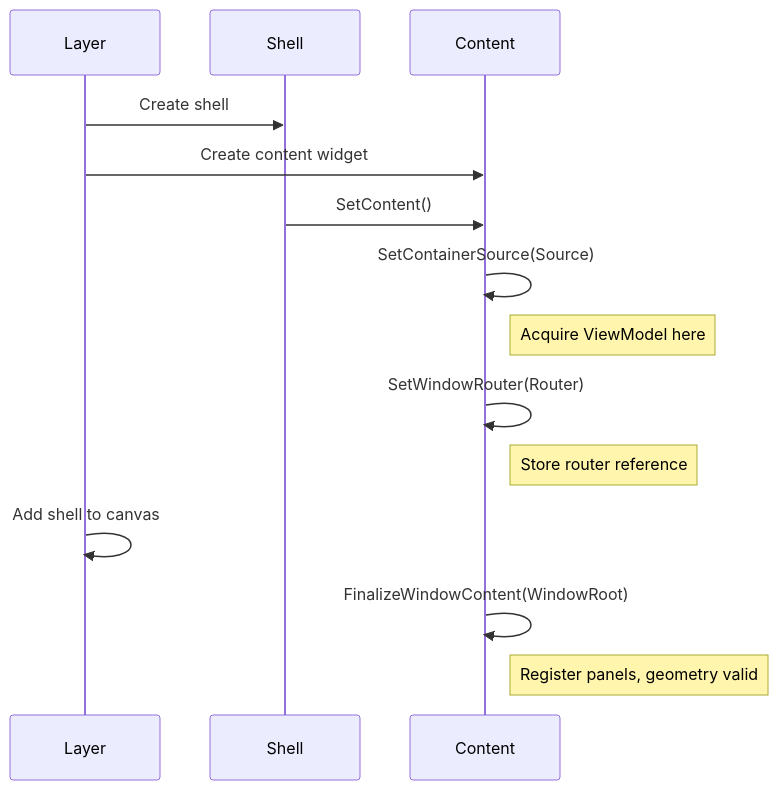
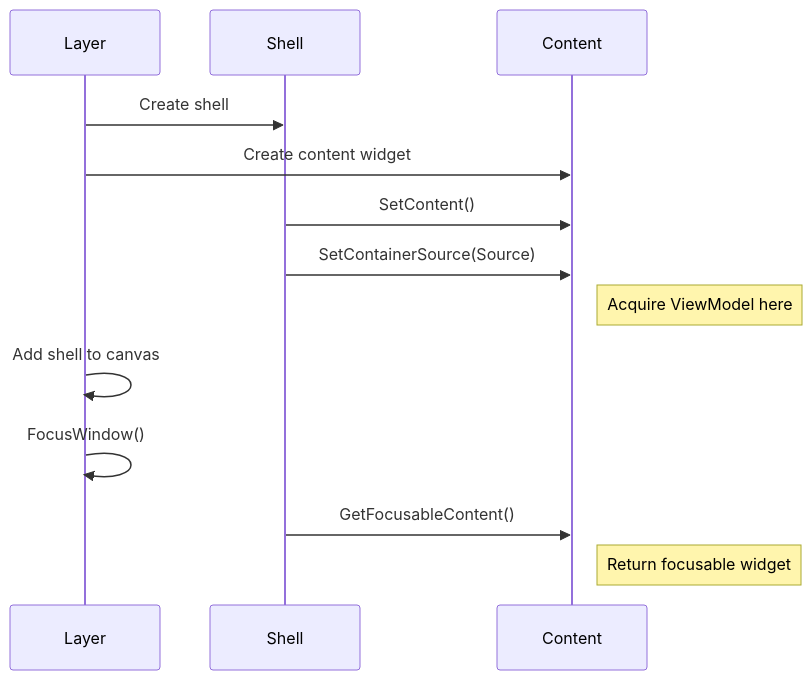
The diagram in outliyr-framework/docs/base-lyra-modified/ui/item-container-ui-system/extension-and-integration-guide/custom-windows.md (outliyr/outliyr-docs), drawn with Mermaid before and after one commit. The commit also changed other lines of this file and 33 other files, not shown here.

````diff
--- a/outliyr-framework/docs/base-lyra-modified/ui/item-container-ui-system/extension-and-integration-guide/custom-windows.md
+++ b/outliyr-framework/docs/base-lyra-modified/ui/item-container-ui-system/extension-and-integration-guide/custom-windows.md
@@ -40,17 +39,16 @@
 ```mermaid
 sequenceDiagram
     participant Layer
     participant Shell
     participant Content
 
     Layer->>Shell: Create shell
     Layer->>Content: Create content widget
     Shell->>Content: SetContent()
-    Content->>Content: SetContainerSource(Source)
+    Shell->>Content: SetContainerSource(Source)
     Note right of Content: Acquire ViewModel here
-    Content->>Content: SetWindowRouter(Router)
-    Note right of Content: Store router reference
     Layer->>Layer: Add shell to canvas
-    Content->>Content: FinalizeWindowContent(WindowRoot)
-    Note right of Content: Register panels, geometry valid
+    Layer->>Layer: FocusWindow()
+    Shell->>Content: GetFocusableContent()
+    Note right of Content: Return focusable widget
 ```
````
